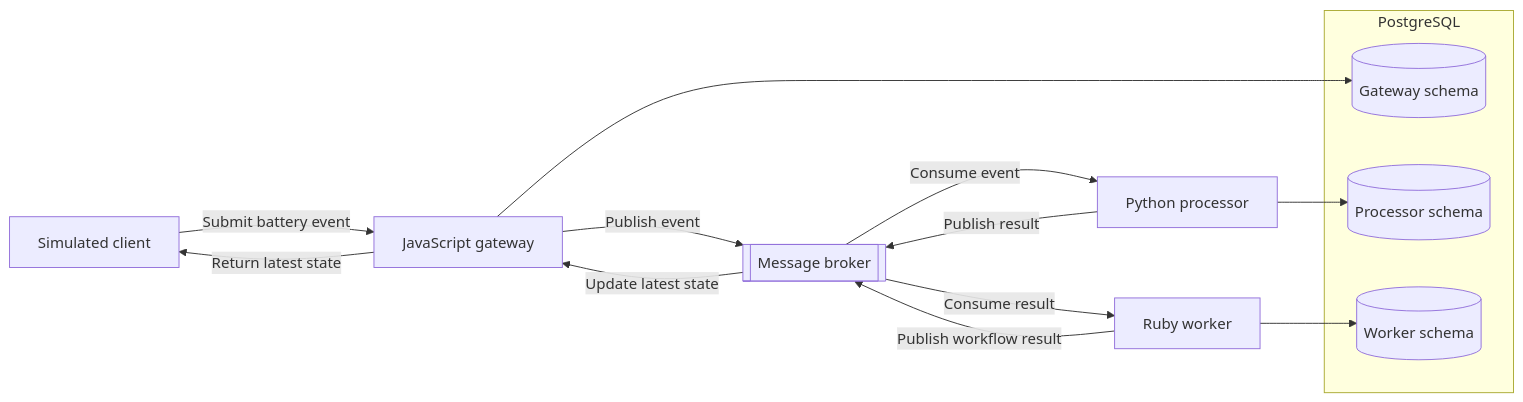
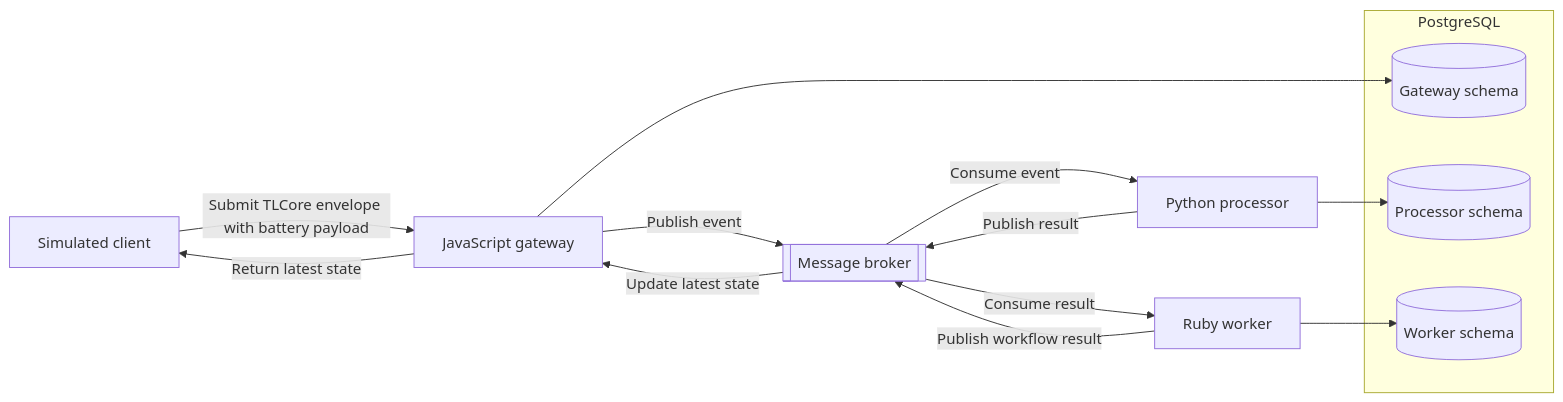
The diagram in docs/architecture/SYSTEM_OVERVIEW.md (TraiLynneCore/tlcore), drawn with Mermaid before and after one commit. The commit also changed other lines of this file and 414 other files, not shown here.

First line of the commit message:
feat(contracts): rebuild Phase 1 contracts around the TLCore event envelope (#9)

````diff
--- a/docs/architecture/SYSTEM_OVERVIEW.md
+++ b/docs/architecture/SYSTEM_OVERVIEW.md
@@ -11,27 +11,27 @@
 ```mermaid
 flowchart LR
     Client[Simulated client]
     Gateway[JavaScript gateway]
     Broker[[Message broker]]
     Processor[Python processor]
     Worker[Ruby worker]
 
     subgraph Database[PostgreSQL]
         GatewayData[(Gateway schema)]
         ProcessorData[(Processor schema)]
         WorkerData[(Worker schema)]
     end
 
-    Client -->|Submit battery event| Gateway
+    Client -->|Submit TLCore envelope with battery payload| Gateway
     Gateway -->|Publish event| Broker
     Broker -->|Consume event| Processor
     Processor -->|Publish result| Broker
     Broker -->|Consume result| Worker
     Worker -->|Publish workflow result| Broker
     Broker -->|Update latest state| Gateway
     Gateway -->|Return latest state| Client
 
     Gateway --> GatewayData
     Processor --> ProcessorData
     Worker --> WorkerData
 ```
````
